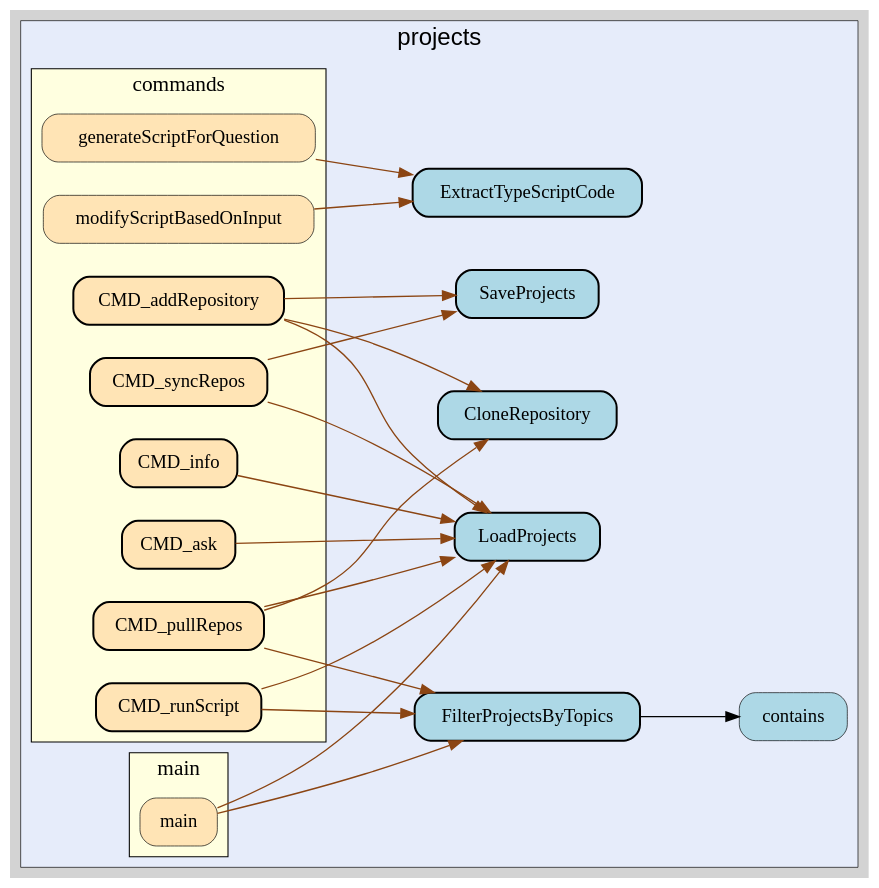
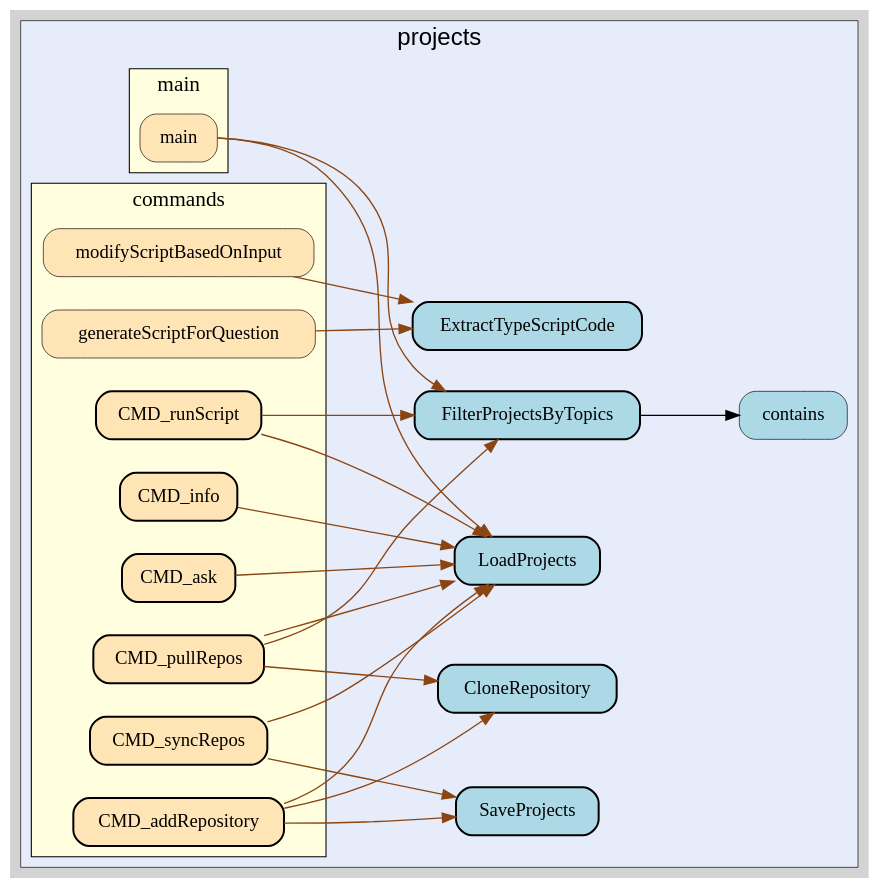
Before and after one commit to wcatron/query-projects: the diagram in internal/projects/graph.gv, drawn with Graphviz. The commit also changed 5 other files, not shown here.

Commit message:
chore: update graphs

```diff
--- a/internal/projects/graph.gv
+++ b/internal/projects/graph.gv
@@ -14,73 +14,73 @@
     edge [minlen="2"]
 
     subgraph "cluster_focus" {
-        labelloc="t";
+        bgcolor="#e6ecfa";
+label="projects";
+labelloc="t";
 labeljust="c";
 fontsize="18";
-bgcolor="#e6ecfa";
-label="projects";
         
         "github.com/wcatron/query-projects/internal/projects.LoadProjects" [ fillcolor="lightblue" label="LoadProjects" penwidth="1.5" tooltip="github.com/wcatron/query-projects/internal/projects.LoadProjects | defined in projects.go:83" ]
+        "github.com/wcatron/query-projects/internal/projects.FilterProjectsByTopics" [ fillcolor="lightblue" label="FilterProjectsByTopics" penwidth="1.5" tooltip="github.com/wcatron/query-projects/internal/projects.FilterProjectsByTopics | defined in projects.go:30\nat projects.go:42: calling [github.com/wcatron/query-projects/internal/projects.contains]\nat projects.go:50: calling [github.com/wcatron/query-projects/internal/projects.contains]\nat projects.go:58: calling [github.com/wcatron/query-projects/internal/projects.contains]" ]
+        "github.com/wcatron/query-projects/internal/projects.contains" [ penwidth="0.5" tooltip="github.com/wcatron/query-projects/internal/projects.contains | defined in projects.go:70" fillcolor="lightblue" label="contains" ]
         "github.com/wcatron/query-projects/internal/projects.CloneRepository" [ tooltip="github.com/wcatron/query-projects/internal/projects.CloneRepository | defined in projects.go:111" fillcolor="lightblue" label="CloneRepository" penwidth="1.5" ]
-        "github.com/wcatron/query-projects/internal/projects.SaveProjects" [ fillcolor="lightblue" label="SaveProjects" penwidth="1.5" tooltip="github.com/wcatron/query-projects/internal/projects.SaveProjects | defined in projects.go:101" ]
-        "github.com/wcatron/query-projects/internal/projects.ExtractTypeScriptCode" [ label="ExtractTypeScriptCode" penwidth="1.5" tooltip="github.com/wcatron/query-projects/internal/projects.ExtractTypeScriptCode | defined in projects.go:146" fillcolor="lightblue" ]
-        "github.com/wcatron/query-projects/internal/projects.FilterProjectsByTopics" [ fillcolor="lightblue" label="FilterProjectsByTopics" penwidth="1.5" tooltip="github.com/wcatron/query-projects/internal/projects.FilterProjectsByTopics | defined in projects.go:30\nat projects.go:42: calling [github.com/wcatron/query-projects/internal/projects.contains]\nat projects.go:50: calling [github.com/wcatron/query-projects/internal/projects.contains]\nat projects.go:58: calling [github.com/wcatron/query-projects/internal/projects.contains]" ]
-        "github.com/wcatron/query-projects/internal/projects.contains" [ fillcolor="lightblue" label="contains" penwidth="0.5" tooltip="github.com/wcatron/query-projects/internal/projects.contains | defined in projects.go:70" ]
+        "github.com/wcatron/query-projects/internal/projects.SaveProjects" [ label="SaveProjects" penwidth="1.5" tooltip="github.com/wcatron/query-projects/internal/projects.SaveProjects | defined in projects.go:101" fillcolor="lightblue" ]
+        "github.com/wcatron/query-projects/internal/projects.ExtractTypeScriptCode" [ tooltip="github.com/wcatron/query-projects/internal/projects.ExtractTypeScriptCode | defined in projects.go:146" fillcolor="lightblue" label="ExtractTypeScriptCode" penwidth="1.5" ]
         
         subgraph "cluster_github.com/wcatron/query-projects/callvis" {
-        penwidth="0.8";
-style="filled";
+        fillcolor="lightyellow";
 fontname="Tahoma bold";
 label="main";
+tooltip="package: github.com/wcatron/query-projects/callvis";
+rank="sink";
 URL="/?f=github.com/wcatron/query-projects/callvis";
-tooltip="package: github.com/wcatron/query-projects/callvis";
+penwidth="0.8";
 fontsize="16";
-fillcolor="lightyellow";
-rank="sink";
+style="filled";
         
-        "github.com/wcatron/query-projects/callvis.main" [ fillcolor="moccasin" label="main" penwidth="0.5" tooltip="github.com/wcatron/query-projects/callvis.main | defined in main.go:11\nat main.go:54: calling [github.com/wcatron/query-projects/internal/projects.FilterProjectsByTopics]\nat main.go:53: calling [github.com/wcatron/query-projects/internal/projects.LoadProjects]" ]
+        "github.com/wcatron/query-projects/callvis.main" [ tooltip="github.com/wcatron/query-projects/callvis.main | defined in main.go:11\nat main.go:54: calling [github.com/wcatron/query-projects/internal/projects.FilterProjectsByTopics]\nat main.go:53: calling [github.com/wcatron/query-projects/internal/projects.LoadProjects]" fillcolor="moccasin" label="main" penwidth="0.5" ]
         
     }
 
         subgraph "cluster_github.com/wcatron/query-projects/internal/commands" {
-        penwidth="0.8";
-fontsize="16";
-fontname="Tahoma bold";
+        fontsize="16";
 rank="sink";
 label="commands";
 tooltip="package: github.com/wcatron/query-projects/internal/commands";
+penwidth="0.8";
 style="filled";
 fillcolor="lightyellow";
+fontname="Tahoma bold";
 URL="/?f=github.com/wcatron/query-projects/internal/commands";
         
+        "github.com/wcatron/query-projects/internal/commands.CMD_runScript" [ fillcolor="moccasin" label="CMD_runScript" penwidth="1.5" tooltip="github.com/wcatron/query-projects/internal/commands.CMD_runScript | defined in run.go:65\nat run.go:70: calling [github.com/wcatron/query-projects/internal/projects.FilterProjectsByTopics]\nat run.go:66: calling [github.com/wcatron/query-projects/internal/projects.LoadProjects]" ]
         "github.com/wcatron/query-projects/internal/commands.CMD_addRepository" [ penwidth="1.5" tooltip="github.com/wcatron/query-projects/internal/commands.CMD_addRepository | defined in add.go:23\nat add.go:36: calling [github.com/wcatron/query-projects/internal/projects.CloneRepository]\nat add.go:24: calling [github.com/wcatron/query-projects/internal/projects.LoadProjects]\nat add.go:46: calling [github.com/wcatron/query-projects/internal/projects.SaveProjects]" fillcolor="moccasin" label="CMD_addRepository" ]
+        "github.com/wcatron/query-projects/internal/commands.CMD_info" [ fillcolor="moccasin" label="CMD_info" penwidth="1.5" tooltip="github.com/wcatron/query-projects/internal/commands.CMD_info | defined in info.go:21\nat info.go:22: calling [github.com/wcatron/query-projects/internal/projects.LoadProjects]" ]
+        "github.com/wcatron/query-projects/internal/commands.CMD_pullRepos" [ fillcolor="moccasin" label="CMD_pullRepos" penwidth="1.5" tooltip="github.com/wcatron/query-projects/internal/commands.CMD_pullRepos | defined in pull.go:20\nat pull.go:21: calling [github.com/wcatron/query-projects/internal/projects.LoadProjects]\nat pull.go:25: calling [github.com/wcatron/query-projects/internal/projects.FilterProjectsByTopics]\nat pull.go:28: calling [github.com/wcatron/query-projects/internal/projects.CloneRepository]" ]
+        "github.com/wcatron/query-projects/internal/commands.CMD_syncRepos" [ label="CMD_syncRepos" penwidth="1.5" tooltip="github.com/wcatron/query-projects/internal/commands.CMD_syncRepos | defined in sync.go:80\nat sync.go:81: calling [github.com/wcatron/query-projects/internal/projects.LoadProjects]\nat sync.go:106: calling [github.com/wcatron/query-projects/internal/projects.SaveProjects]" fillcolor="moccasin" ]
+        "github.com/wcatron/query-projects/internal/commands.generateScriptForQuestion" [ fillcolor="moccasin" label="generateScriptForQuestion" penwidth="0.5" tooltip="github.com/wcatron/query-projects/internal/commands.generateScriptForQuestion | defined in ask.go:169\nat ask.go:192: calling [github.com/wcatron/query-projects/internal/projects.ExtractTypeScriptCode]" ]
+        "github.com/wcatron/query-projects/internal/commands.CMD_ask" [ fillcolor="moccasin" label="CMD_ask" penwidth="1.5" tooltip="github.com/wcatron/query-projects/internal/commands.CMD_ask | defined in ask.go:36\nat ask.go:45: calling [github.com/wcatron/query-projects/internal/projects.LoadProjects]" ]
         "github.com/wcatron/query-projects/internal/commands.modifyScriptBasedOnInput" [ fillcolor="moccasin" label="modifyScriptBasedOnInput" penwidth="0.5" tooltip="github.com/wcatron/query-projects/internal/commands.modifyScriptBasedOnInput | defined in ask.go:209\nat ask.go:223: calling [github.com/wcatron/query-projects/internal/projects.ExtractTypeScriptCode]" ]
-        "github.com/wcatron/query-projects/internal/commands.CMD_runScript" [ fillcolor="moccasin" label="CMD_runScript" penwidth="1.5" tooltip="github.com/wcatron/query-projects/internal/commands.CMD_runScript | defined in run.go:65\nat run.go:66: calling [github.com/wcatron/query-projects/internal/projects.LoadProjects]\nat run.go:70: calling [github.com/wcatron/query-projects/internal/projects.FilterProjectsByTopics]" ]
-        "github.com/wcatron/query-projects/internal/commands.CMD_info" [ fillcolor="moccasin" label="CMD_info" penwidth="1.5" tooltip="github.com/wcatron/query-projects/internal/commands.CMD_info | defined in info.go:21\nat info.go:22: calling [github.com/wcatron/query-projects/internal/projects.LoadProjects]" ]
-        "github.com/wcatron/query-projects/internal/commands.CMD_pullRepos" [ fillcolor="moccasin" label="CMD_pullRepos" penwidth="1.5" tooltip="github.com/wcatron/query-projects/internal/commands.CMD_pullRepos | defined in pull.go:20\nat pull.go:21: calling [github.com/wcatron/query-projects/internal/projects.LoadProjects]\nat pull.go:28: calling [github.com/wcatron/query-projects/internal/projects.CloneRepository]\nat pull.go:25: calling [github.com/wcatron/query-projects/internal/projects.FilterProjectsByTopics]" ]
-        "github.com/wcatron/query-projects/internal/commands.CMD_syncRepos" [ penwidth="1.5" tooltip="github.com/wcatron/query-projects/internal/commands.CMD_syncRepos | defined in sync.go:80\nat sync.go:81: calling [github.com/wcatron/query-projects/internal/projects.LoadProjects]\nat sync.go:106: calling [github.com/wcatron/query-projects/internal/projects.SaveProjects]" fillcolor="moccasin" label="CMD_syncRepos" ]
-        "github.com/wcatron/query-projects/internal/commands.generateScriptForQuestion" [ fillcolor="moccasin" label="generateScriptForQuestion" penwidth="0.5" tooltip="github.com/wcatron/query-projects/internal/commands.generateScriptForQuestion | defined in ask.go:169\nat ask.go:192: calling [github.com/wcatron/query-projects/internal/projects.ExtractTypeScriptCode]" ]
-        "github.com/wcatron/query-projects/internal/commands.CMD_ask" [ label="CMD_ask" penwidth="1.5" tooltip="github.com/wcatron/query-projects/internal/commands.CMD_ask | defined in ask.go:36\nat ask.go:45: calling [github.com/wcatron/query-projects/internal/projects.LoadProjects]" fillcolor="moccasin" ]
         
     }
 
     }
 
+    "github.com/wcatron/query-projects/internal/commands.CMD_pullRepos" -> "github.com/wcatron/query-projects/internal/projects.LoadProjects" [ color="saddlebrown" tooltip="at pull.go:21: calling [github.com/wcatron/query-projects/internal/projects.LoadProjects]" ]
+    "github.com/wcatron/query-projects/internal/commands.CMD_pullRepos" -> "github.com/wcatron/query-projects/internal/projects.FilterProjectsByTopics" [ color="saddlebrown" tooltip="at pull.go:25: calling [github.com/wcatron/query-projects/internal/projects.FilterProjectsByTopics]" ]
+    "github.com/wcatron/query-projects/internal/commands.CMD_pullRepos" -> "github.com/wcatron/query-projects/internal/projects.CloneRepository" [ color="saddlebrown" tooltip="at pull.go:28: calling [github.com/wcatron/query-projects/internal/projects.CloneRepository]" ]
+    "github.com/wcatron/query-projects/internal/commands.CMD_syncRepos" -> "github.com/wcatron/query-projects/internal/projects.LoadProjects" [ color="saddlebrown" tooltip="at sync.go:81: calling [github.com/wcatron/query-projects/internal/projects.LoadProjects]" ]
+    "github.com/wcatron/query-projects/internal/commands.CMD_ask" -> "github.com/wcatron/query-projects/internal/projects.LoadProjects" [ color="saddlebrown" tooltip="at ask.go:45: calling [github.com/wcatron/query-projects/internal/projects.LoadProjects]" ]
+    "github.com/wcatron/query-projects/internal/commands.modifyScriptBasedOnInput" -> "github.com/wcatron/query-projects/internal/projects.ExtractTypeScriptCode" [ color="saddlebrown" tooltip="at ask.go:223: calling [github.com/wcatron/query-projects/internal/projects.ExtractTypeScriptCode]" ]
+    "github.com/wcatron/query-projects/callvis.main" -> "github.com/wcatron/query-projects/internal/projects.FilterProjectsByTopics" [ color="saddlebrown" tooltip="at main.go:54: calling [github.com/wcatron/query-projects/internal/projects.FilterProjectsByTopics]" ]
+    "github.com/wcatron/query-projects/internal/commands.CMD_runScript" -> "github.com/wcatron/query-projects/internal/projects.FilterProjectsByTopics" [ color="saddlebrown" tooltip="at run.go:70: calling [github.com/wcatron/query-projects/internal/projects.FilterProjectsByTopics]" ]
+    "github.com/wcatron/query-projects/internal/commands.CMD_addRepository" -> "github.com/wcatron/query-projects/internal/projects.CloneRepository" [ color="saddlebrown" tooltip="at add.go:36: calling [github.com/wcatron/query-projects/internal/projects.CloneRepository]" ]
+    "github.com/wcatron/query-projects/internal/commands.CMD_syncRepos" -> "github.com/wcatron/query-projects/internal/projects.SaveProjects" [ tooltip="at sync.go:106: calling [github.com/wcatron/query-projects/internal/projects.SaveProjects]" color="saddlebrown" ]
+    "github.com/wcatron/query-projects/callvis.main" -> "github.com/wcatron/query-projects/internal/projects.LoadProjects" [ color="saddlebrown" tooltip="at main.go:53: calling [github.com/wcatron/query-projects/internal/projects.LoadProjects]" ]
+    "github.com/wcatron/query-projects/internal/commands.CMD_addRepository" -> "github.com/wcatron/query-projects/internal/projects.LoadProjects" [ color="saddlebrown" tooltip="at add.go:24: calling [github.com/wcatron/query-projects/internal/projects.LoadProjects]" ]
+    "github.com/wcatron/query-projects/internal/commands.generateScriptForQuestion" -> "github.com/wcatron/query-projects/internal/projects.ExtractTypeScriptCode" [ color="saddlebrown" tooltip="at ask.go:192: calling [github.com/wcatron/query-projects/internal/projects.ExtractTypeScriptCode]" ]
     "github.com/wcatron/query-projects/internal/commands.CMD_runScript" -> "github.com/wcatron/query-projects/internal/projects.LoadProjects" [ color="saddlebrown" tooltip="at run.go:66: calling [github.com/wcatron/query-projects/internal/projects.LoadProjects]" ]
     "github.com/wcatron/query-projects/internal/projects.FilterProjectsByTopics" -> "github.com/wcatron/query-projects/internal/projects.contains" [ tooltip="at projects.go:42: calling [github.com/wcatron/query-projects/internal/projects.contains]\nat projects.go:50: calling [github.com/wcatron/query-projects/internal/projects.contains]\nat projects.go:58: calling [github.com/wcatron/query-projects/internal/projects.contains]" ]
-    "github.com/wcatron/query-projects/internal/commands.generateScriptForQuestion" -> "github.com/wcatron/query-projects/internal/projects.ExtractTypeScriptCode" [ color="saddlebrown" tooltip="at ask.go:192: calling [github.com/wcatron/query-projects/internal/projects.ExtractTypeScriptCode]" ]
-    "github.com/wcatron/query-projects/internal/commands.CMD_addRepository" -> "github.com/wcatron/query-projects/internal/projects.CloneRepository" [ color="saddlebrown" tooltip="at add.go:36: calling [github.com/wcatron/query-projects/internal/projects.CloneRepository]" ]
-    "github.com/wcatron/query-projects/internal/commands.modifyScriptBasedOnInput" -> "github.com/wcatron/query-projects/internal/projects.ExtractTypeScriptCode" [ color="saddlebrown" tooltip="at ask.go:223: calling [github.com/wcatron/query-projects/internal/projects.ExtractTypeScriptCode]" ]
-    "github.com/wcatron/query-projects/internal/commands.CMD_runScript" -> "github.com/wcatron/query-projects/internal/projects.FilterProjectsByTopics" [ color="saddlebrown" tooltip="at run.go:70: calling [github.com/wcatron/query-projects/internal/projects.FilterProjectsByTopics]" ]
-    "github.com/wcatron/query-projects/internal/commands.CMD_pullRepos" -> "github.com/wcatron/query-projects/internal/projects.LoadProjects" [ color="saddlebrown" tooltip="at pull.go:21: calling [github.com/wcatron/query-projects/internal/projects.LoadProjects]" ]
-    "github.com/wcatron/query-projects/internal/commands.CMD_pullRepos" -> "github.com/wcatron/query-projects/internal/projects.CloneRepository" [ color="saddlebrown" tooltip="at pull.go:28: calling [github.com/wcatron/query-projects/internal/projects.CloneRepository]" ]
-    "github.com/wcatron/query-projects/internal/commands.CMD_syncRepos" -> "github.com/wcatron/query-projects/internal/projects.LoadProjects" [ color="saddlebrown" tooltip="at sync.go:81: calling [github.com/wcatron/query-projects/internal/projects.LoadProjects]" ]
-    "github.com/wcatron/query-projects/internal/commands.CMD_syncRepos" -> "github.com/wcatron/query-projects/internal/projects.SaveProjects" [ color="saddlebrown" tooltip="at sync.go:106: calling [github.com/wcatron/query-projects/internal/projects.SaveProjects]" ]
-    "github.com/wcatron/query-projects/callvis.main" -> "github.com/wcatron/query-projects/internal/projects.FilterProjectsByTopics" [ color="saddlebrown" tooltip="at main.go:54: calling [github.com/wcatron/query-projects/internal/projects.FilterProjectsByTopics]" ]
-    "github.com/wcatron/query-projects/internal/commands.CMD_addRepository" -> "github.com/wcatron/query-projects/internal/projects.LoadProjects" [ color="saddlebrown" tooltip="at add.go:24: calling [github.com/wcatron/query-projects/internal/projects.LoadProjects]" ]
     "github.com/wcatron/query-projects/internal/commands.CMD_addRepository" -> "github.com/wcatron/query-projects/internal/projects.SaveProjects" [ color="saddlebrown" tooltip="at add.go:46: calling [github.com/wcatron/query-projects/internal/projects.SaveProjects]" ]
-    "github.com/wcatron/query-projects/internal/commands.CMD_info" -> "github.com/wcatron/query-projects/internal/projects.LoadProjects" [ tooltip="at info.go:22: calling [github.com/wcatron/query-projects/internal/projects.LoadProjects]" color="saddlebrown" ]
-    "github.com/wcatron/query-projects/internal/commands.CMD_pullRepos" -> "github.com/wcatron/query-projects/internal/projects.FilterProjectsByTopics" [ color="saddlebrown" tooltip="at pull.go:25: calling [github.com/wcatron/query-projects/internal/projects.FilterProjectsByTopics]" ]
-    "github.com/wcatron/query-projects/callvis.main" -> "github.com/wcatron/query-projects/internal/projects.LoadProjects" [ color="saddlebrown" tooltip="at main.go:53: calling [github.com/wcatron/query-projects/internal/projects.LoadProjects]" ]
-    "github.com/wcatron/query-projects/internal/commands.CMD_ask" -> "github.com/wcatron/query-projects/internal/projects.LoadProjects" [ color="saddlebrown" tooltip="at ask.go:45: calling [github.com/wcatron/query-projects/internal/projects.LoadProjects]" ]
+    "github.com/wcatron/query-projects/internal/commands.CMD_info" -> "github.com/wcatron/query-projects/internal/projects.LoadProjects" [ color="saddlebrown" tooltip="at info.go:22: calling [github.com/wcatron/query-projects/internal/projects.LoadProjects]" ]
 }
```
